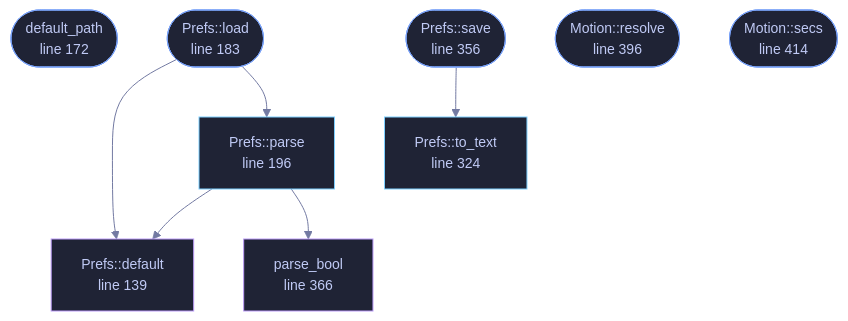
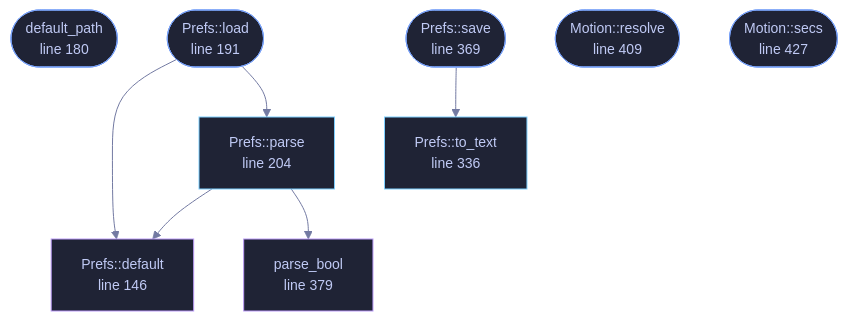
One commit to tilas01/veilvoice changed the diagram in wiki/File-veilvoice-gui-prefs.md. Above: the diagram before and after it, drawn with Mermaid. The commit also changed other lines of this file and 75 other files, not shown here.

````diff
--- a/wiki/File-veilvoice-gui-prefs.md
+++ b/wiki/File-veilvoice-gui-prefs.md
@@ -94,33 +94,33 @@
 ```mermaid
 %%{init: {"theme":"base","themeVariables":{"background":"#1a1b26","primaryColor":"#1f2335","primaryTextColor":"#c0caf5","primaryBorderColor":"#7aa2f7","secondaryColor":"#16161e","tertiaryColor":"#16161e","lineColor":"#737aa2","textColor":"#c0caf5","mainBkg":"#1f2335","nodeBorder":"#7aa2f7","clusterBkg":"#16161e","clusterBorder":"#2f3549","fontFamily":"ui-monospace, SFMono-Regular, Consolas, monospace","fontSize":"14px"}}}%%
 flowchart TD
-    n_default["Prefs::default<br/>line 139"]
-    n_default_path(["default_path<br/>line 172"])
-    n_load(["Prefs::load<br/>line 183"])
-    n_parse["Prefs::parse<br/>line 196"]
-    n_to_text["Prefs::to_text<br/>line 324"]
-    n_save(["Prefs::save<br/>line 356"])
-    n_parse_bool["parse_bool<br/>line 366"]
-    n_resolve(["Motion::resolve<br/>line 396"])
-    n_secs(["Motion::secs<br/>line 414"])
+    n_default["Prefs::default<br/>line 146"]
+    n_default_path(["default_path<br/>line 180"])
+    n_load(["Prefs::load<br/>line 191"])
+    n_parse["Prefs::parse<br/>line 204"]
+    n_to_text["Prefs::to_text<br/>line 336"]
+    n_save(["Prefs::save<br/>line 369"])
+    n_parse_bool["parse_bool<br/>line 379"]
+    n_resolve(["Motion::resolve<br/>line 409"])
+    n_secs(["Motion::secs<br/>line 427"])
     n_load --> n_default
     n_load --> n_parse
     n_parse --> n_default
     n_parse --> n_parse_bool
     n_save --> n_to_text
-    click n_default href "https://github.com/tilas01/veilvoice/blob/main/crates/veilvoice-gui/src/prefs.rs#L139" "open the source"
-    click n_default_path href "https://github.com/tilas01/veilvoice/blob/main/crates/veilvoice-gui/src/prefs.rs#L172" "open the source"
-    click n_load href "https://github.com/tilas01/veilvoice/blob/main/crates/veilvoice-gui/src/prefs.rs#L183" "open the source"
-    click n_parse href "https://github.com/tilas01/veilvoice/blob/main/crates/veilvoice-gui/src/prefs.rs#L196" "open the source"
-    click n_to_text href "https://github.com/tilas01/veilvoice/blob/main/crates/veilvoice-gui/src/prefs.rs#L324" "open the source"
-    click n_save href "https://github.com/tilas01/veilvoice/blob/main/crates/veilvoice-gui/src/prefs.rs#L356" "open the source"
-    click n_parse_bool href "https://github.com/tilas01/veilvoice/blob/main/crates/veilvoice-gui/src/prefs.rs#L366" "open the source"
-    click n_resolve href "https://github.com/tilas01/veilvoice/blob/main/crates/veilvoice-gui/src/prefs.rs#L396" "open the source"
-    click n_secs href "https://github.com/tilas01/veilvoice/blob/main/crates/veilvoice-gui/src/prefs.rs#L414" "open the source"
+    click n_default href "https://github.com/tilas01/veilvoice/blob/main/crates/veilvoice-gui/src/prefs.rs#L146" "open the source"
+    click n_default_path href "https://github.com/tilas01/veilvoice/blob/main/crates/veilvoice-gui/src/prefs.rs#L180" "open the source"
+    click n_load href "https://github.com/tilas01/veilvoice/blob/main/crates/veilvoice-gui/src/prefs.rs#L191" "open the source"
+    click n_parse href "https://github.com/tilas01/veilvoice/blob/main/crates/veilvoice-gui/src/prefs.rs#L204" "open the source"
+    click n_to_text href "https://github.com/tilas01/veilvoice/blob/main/crates/veilvoice-gui/src/prefs.rs#L336" "open the source"
+    click n_save href "https://github.com/tilas01/veilvoice/blob/main/crates/veilvoice-gui/src/prefs.rs#L369" "open the source"
+    click n_parse_bool href "https://github.com/tilas01/veilvoice/blob/main/crates/veilvoice-gui/src/prefs.rs#L379" "open the source"
+    click n_resolve href "https://github.com/tilas01/veilvoice/blob/main/crates/veilvoice-gui/src/prefs.rs#L409" "open the source"
+    click n_secs href "https://github.com/tilas01/veilvoice/blob/main/crates/veilvoice-gui/src/prefs.rs#L427" "open the source"
     classDef entry fill:#1f2335,stroke:#7aa2f7,color:#c0caf5
     class n_default_path,n_load,n_save,n_resolve,n_secs entry
     classDef api fill:#1f2335,stroke:#7dcfff,color:#c0caf5
     class n_parse,n_to_text api
     classDef helper fill:#1f2335,stroke:#bb9af7,color:#c0caf5
     class n_default,n_parse_bool helper
 ```
````
